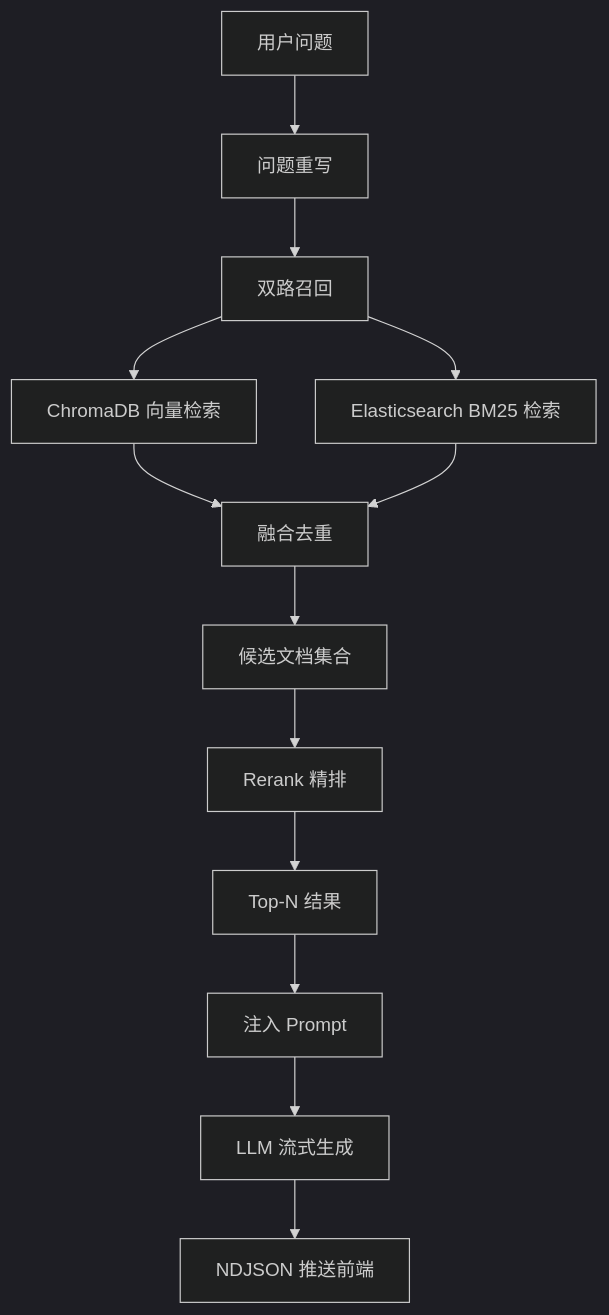
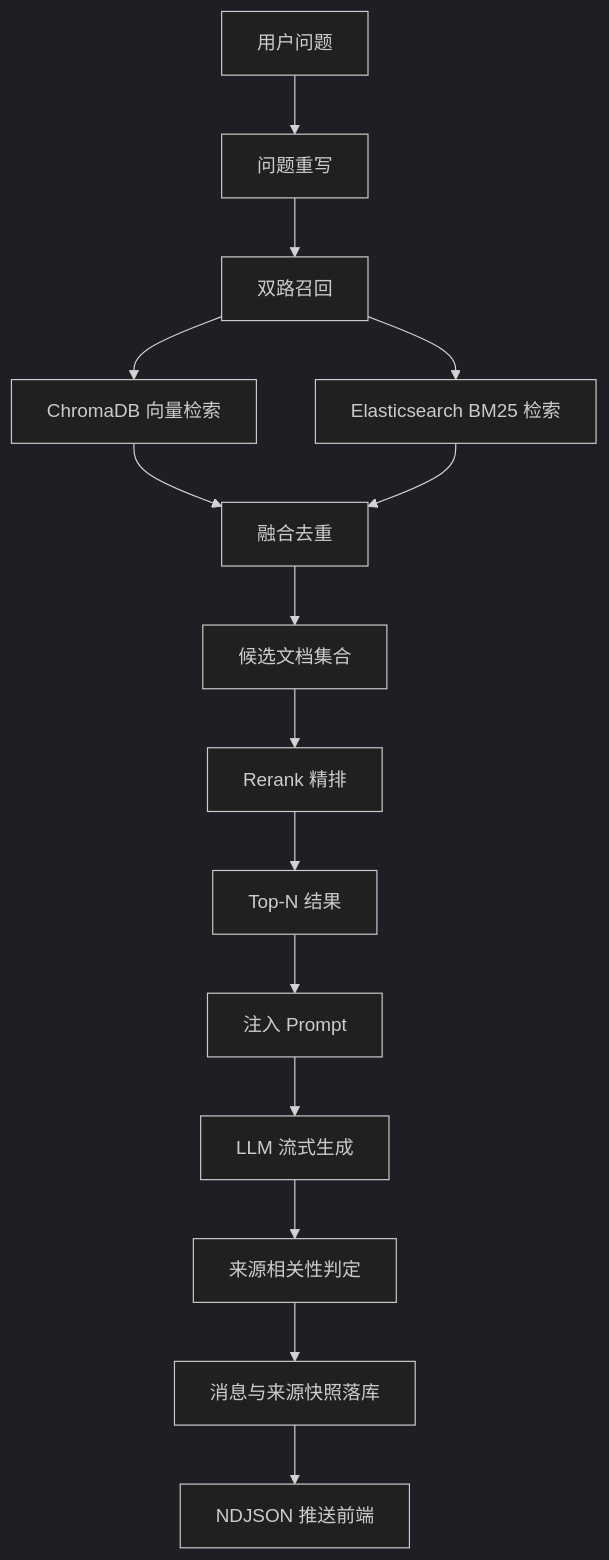
One commit to 11497/xlt changed the second of 2 diagrams in docs/架构与功能.md. Above: the diagram before and after it, drawn with Mermaid (dark theme). The commit also changed other lines of this file and 3 other files, not shown here.

````diff
--- a/docs/架构与功能.md
+++ b/docs/架构与功能.md
@@ -140,15 +143,17 @@
 ```mermaid
 flowchart TD
     A[用户问题] --> B[问题重写]
     B --> C[双路召回]
     C --> D[ChromaDB 向量检索]
     C --> E[Elasticsearch BM25 检索]
     D --> F[融合去重]
     E --> F
     F --> G[候选文档集合]
     G --> H[Rerank 精排]
     H --> I[Top-N 结果]
     I --> J[注入 Prompt]
     J --> K[LLM 流式生成]
-    K --> L[NDJSON 推送前端]
+    K --> L[来源相关性判定]
+    L --> M[消息与来源快照落库]
+    M --> N[NDJSON 推送前端]
 ```
````
